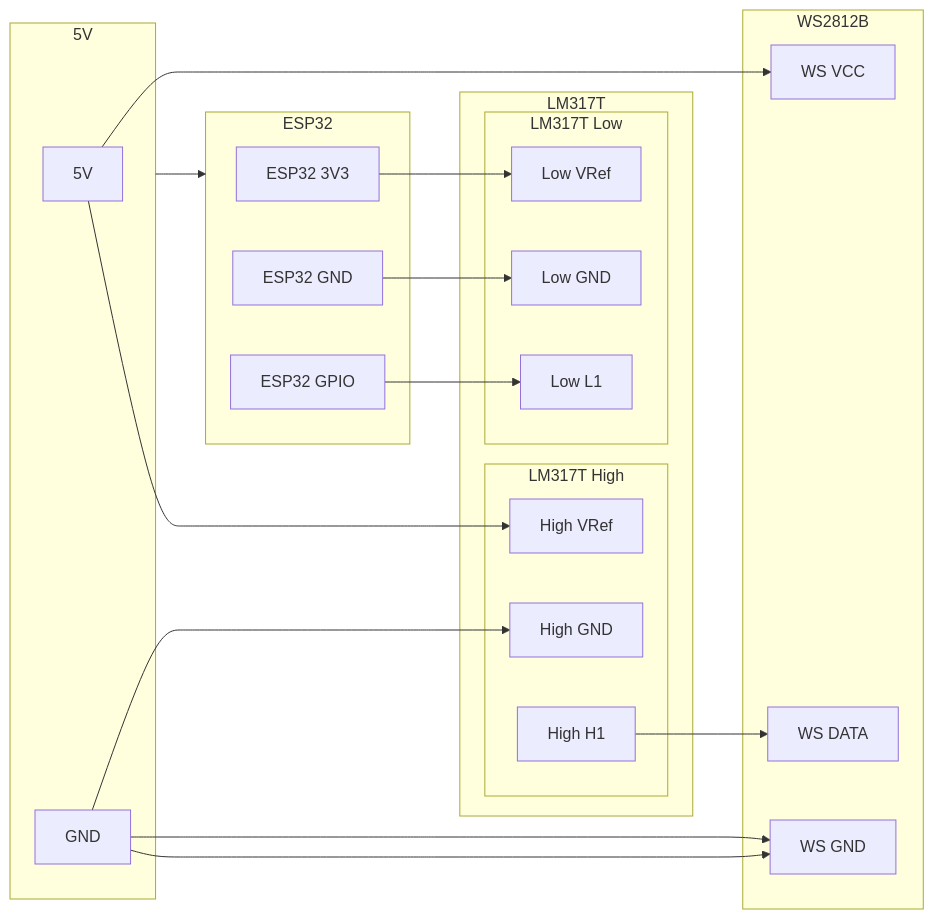
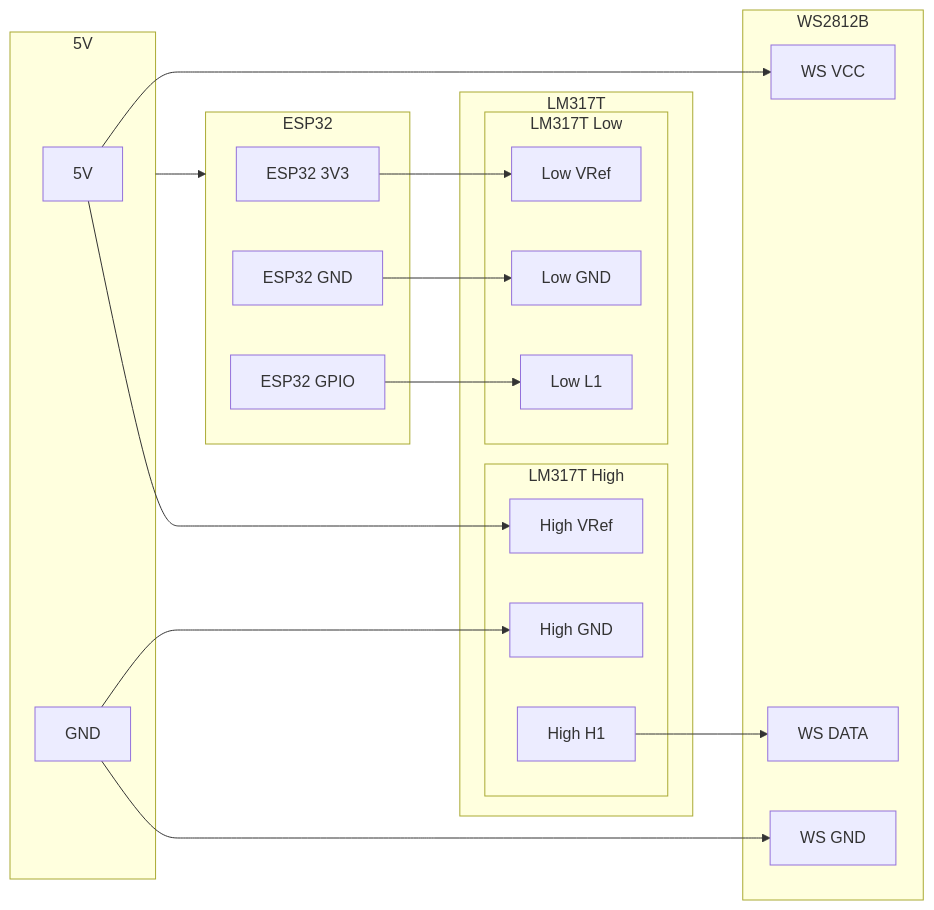
The diagram in README.md (fadesibert/pyledtext), drawn with Mermaid before and after one commit.

Commit message:
tweak circuit diagram

````diff
--- a/README.md
+++ b/README.md
@@ -33,39 +33,38 @@
 ```mermaid
 flowchart LR
     subgraph 5V
     V1[5V]
     V2[GND]
     end
     subgraph ESP32
     A1[ESP32 3V3]
     A2[ESP32 GND]
     A3[ESP32 GPIO]
     end
     subgraph LM317T
     subgraph LM317T High
     B1[High VRef]
     B2[High GND]
     B3[High H1]
     end
     subgraph LM317T Low
     C1[Low VRef]
     C2[Low GND]
     C3[Low L1]
     end
     end
     subgraph WS2812B
     D1[WS VCC]
     D2[WS DATA]
     D3[WS GND]
     end
     5V --> ESP32
     V1 --> D1
     V2 --> D3
-    V2 --> D3
     A1 --> C1
     A2 --> C2
     A3 --> C3
     B3 --> D2 
     V2 --> B2
     V1 --> B1
 ```
````
